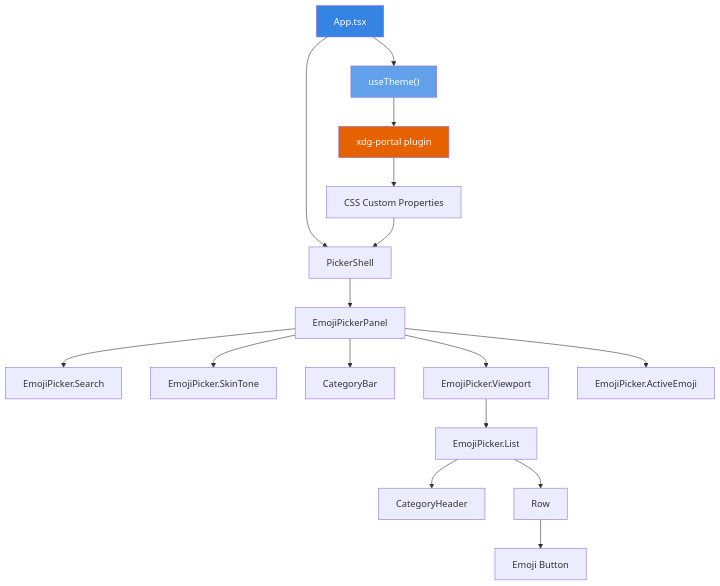
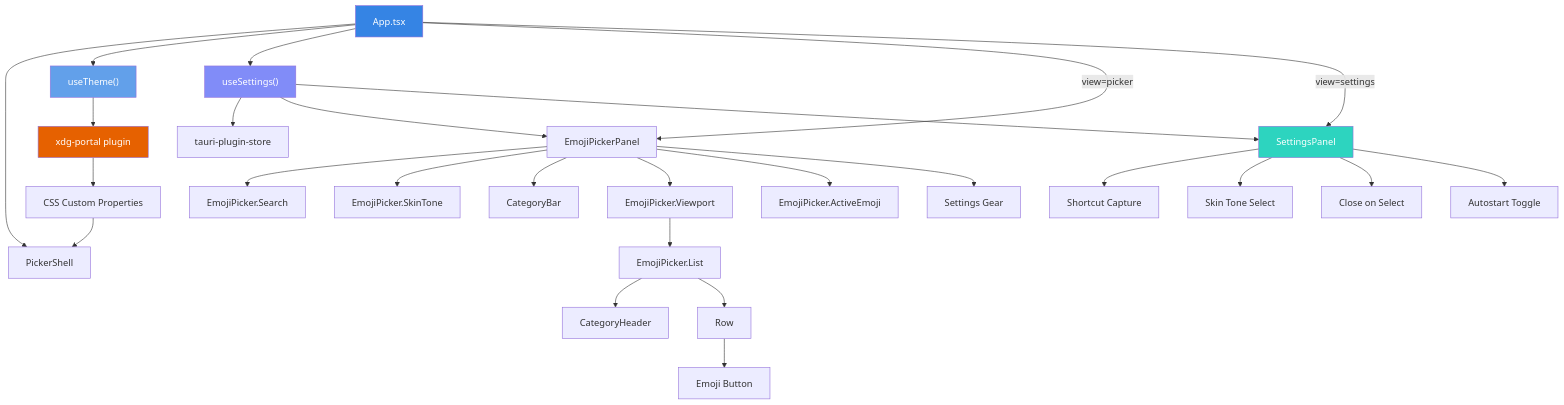
One commit to liminal-hq/emoji-nook changed the second of 10 diagrams in docs/architecture.md. Above: the diagram before and after it, drawn with Mermaid. The commit also changed other lines of this file and 6 other files, not shown here.

First line of the commit message:
docs: update architecture and add animated SVG diagrams

````diff
--- a/docs/architecture.md
+++ b/docs/architecture.md
@@ -69,27 +76,41 @@
 ```mermaid
 graph TD
     App["App.tsx"]
     App --> Shell["PickerShell"]
     App --> useTheme["useTheme()"]
+    App --> useSettings["useSettings()"]
 
-    Shell --> Panel["EmojiPickerPanel"]
+    App -->|view=picker| Panel["EmojiPickerPanel"]
+    App -->|view=settings| SettingsPanel["SettingsPanel"]
 
     Panel --> SearchBar["EmojiPicker.Search"]
     Panel --> SkinTone["EmojiPicker.SkinTone"]
     Panel --> CatBar["CategoryBar"]
     Panel --> Viewport["EmojiPicker.Viewport"]
     Panel --> Footer["EmojiPicker.ActiveEmoji"]
+    Panel --> Gear["Settings Gear"]
 
     Viewport --> List["EmojiPicker.List"]
     List --> CatHeader["CategoryHeader"]
     List --> Row["Row"]
     Row --> Emoji["Emoji Button"]
 
+    SettingsPanel --> ShortcutCapture["Shortcut Capture"]
+    SettingsPanel --> SkinTonePref["Skin Tone Select"]
+    SettingsPanel --> CloseToggle["Close on Select"]
+    SettingsPanel --> AutostartToggle["Autostart Toggle"]
+
     useTheme --> Portal["xdg-portal plugin"]
     Portal --> Tokens["CSS Custom Properties"]
     Tokens --> Shell
 
+    useSettings --> StorePlugin["tauri-plugin-store"]
+    useSettings --> Panel
+    useSettings --> SettingsPanel
+
     style App fill:#3584e4,color:#fff
     style useTheme fill:#62a0ea,color:#fff
+    style useSettings fill:#818cf8,color:#fff
     style Portal fill:#e66100,color:#fff
+    style SettingsPanel fill:#2dd4bf,color:#fff
 ```
````
